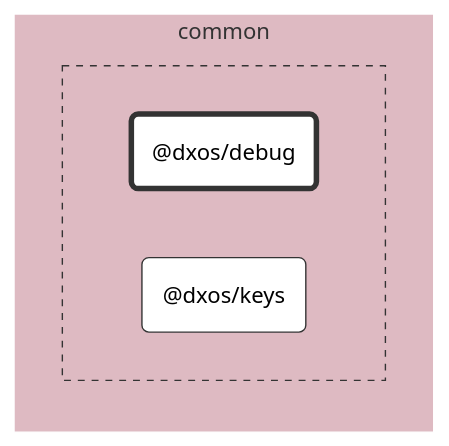
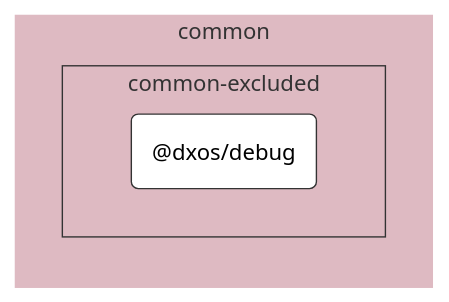
Before and after one commit to dxos/dxos: the diagram in packages/common/debug/docs/README.md, drawn with Mermaid (neutral theme). The commit also changed 87 other files, not shown here.

````diff
--- a/packages/common/debug/docs/README.md
+++ b/packages/common/debug/docs/README.md
@@ -7,33 +7,24 @@
 ```mermaid
 %%{ init: {'flowchart':{'curve':'basis'}} }%%
 
 flowchart LR
 
-%% Links
+%% Classes
+classDef def fill:#fff,stroke:#333,stroke-width:1px
+classDef root fill:#fff,stroke:#333,stroke-width:4px
 
-%% Sections
-subgraph common
-  style common fill:#debac2,stroke:#fff;
+%% Nodes
 
+subgraph common [common]
+  style common fill:#debac2,stroke:#fff
 
-  subgraph common-excluded [ ]
-    style common-excluded fill:#debac2,stroke:#333,stroke-dasharray:5 5;
-
-    dxos/debug("@dxos/debug")
-    dxos/keys("@dxos/keys")
+  subgraph common-excluded [common-excluded]
+    style common-excluded fill:#debac2,stroke:#333,stroke-dashed:5 5
+    dxos/debug("@dxos/debug"):::def
+    click dxos/debug "dxos/dxos/tree/main/packages/common/debug/docs"
   end
 end
 
-
-%% Hyperlinks
-click dxos/keys "dxos/dxos/tree/main/packages/common/keys/docs";
-
-%% Styles
-classDef rootNode fill:#fff,stroke:#333,stroke-width:4px
-classDef defaultNode fill:#fff,stroke:#333,stroke-width:1px
+%% Links
 linkStyle default stroke:#333,stroke-width:1px
-
-dxos/debug:::rootNode
-
-dxos/keys:::defaultNode
 ```
````
